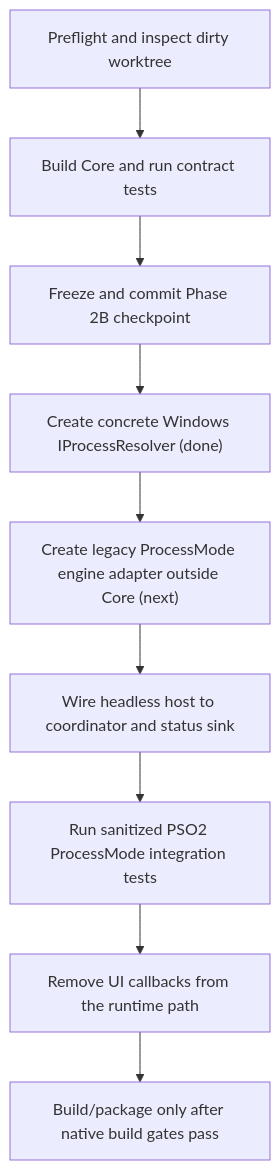
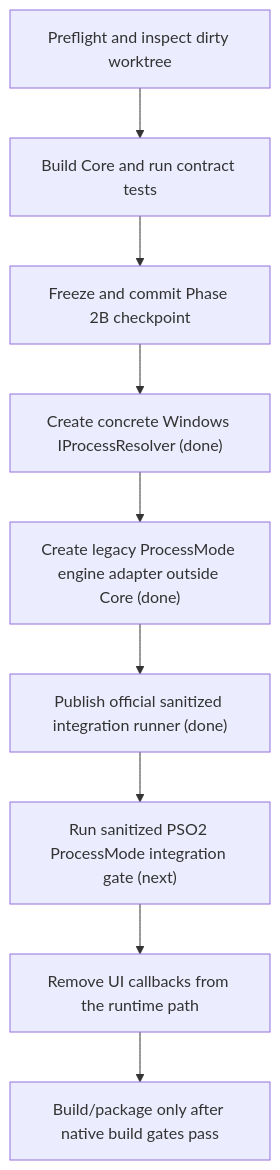
One commit to Valeneko-pranmong/NekoProxyCore changed the diagram in tools/REFACTOR_HANDOFF.md. Above: the diagram before and after it, drawn with Mermaid. The commit also changed other lines of this file and 9 other files, not shown here.

Commit message:
[verified] test: prepare ProcessMode integration handoff

````diff
--- a/tools/REFACTOR_HANDOFF.md
+++ b/tools/REFACTOR_HANDOFF.md
@@ -123,11 +122,11 @@
 ```mermaid
 flowchart TD
     A["Preflight and inspect dirty worktree"] --> B["Build Core and run contract tests"]
     B --> C["Freeze and commit Phase 2B checkpoint"]
     C --> D["Create concrete Windows IProcessResolver (done)"]
-    D --> E["Create legacy ProcessMode engine adapter outside Core (next)"]
-    E --> F["Wire headless host to coordinator and status sink"]
-    F --> G["Run sanitized PSO2 ProcessMode integration tests"]
+    D --> E["Create legacy ProcessMode engine adapter outside Core (done)"]
+    E --> F["Publish official sanitized integration runner (done)"]
+    F --> G["Run sanitized PSO2 ProcessMode integration gate (next)"]
     G --> H["Remove UI callbacks from the runtime path"]
     H --> I["Build/package only after native build gates pass"]
 ```
````
